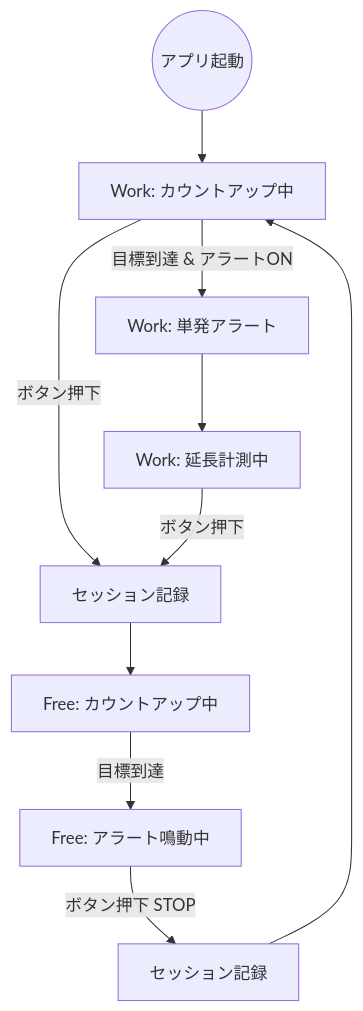
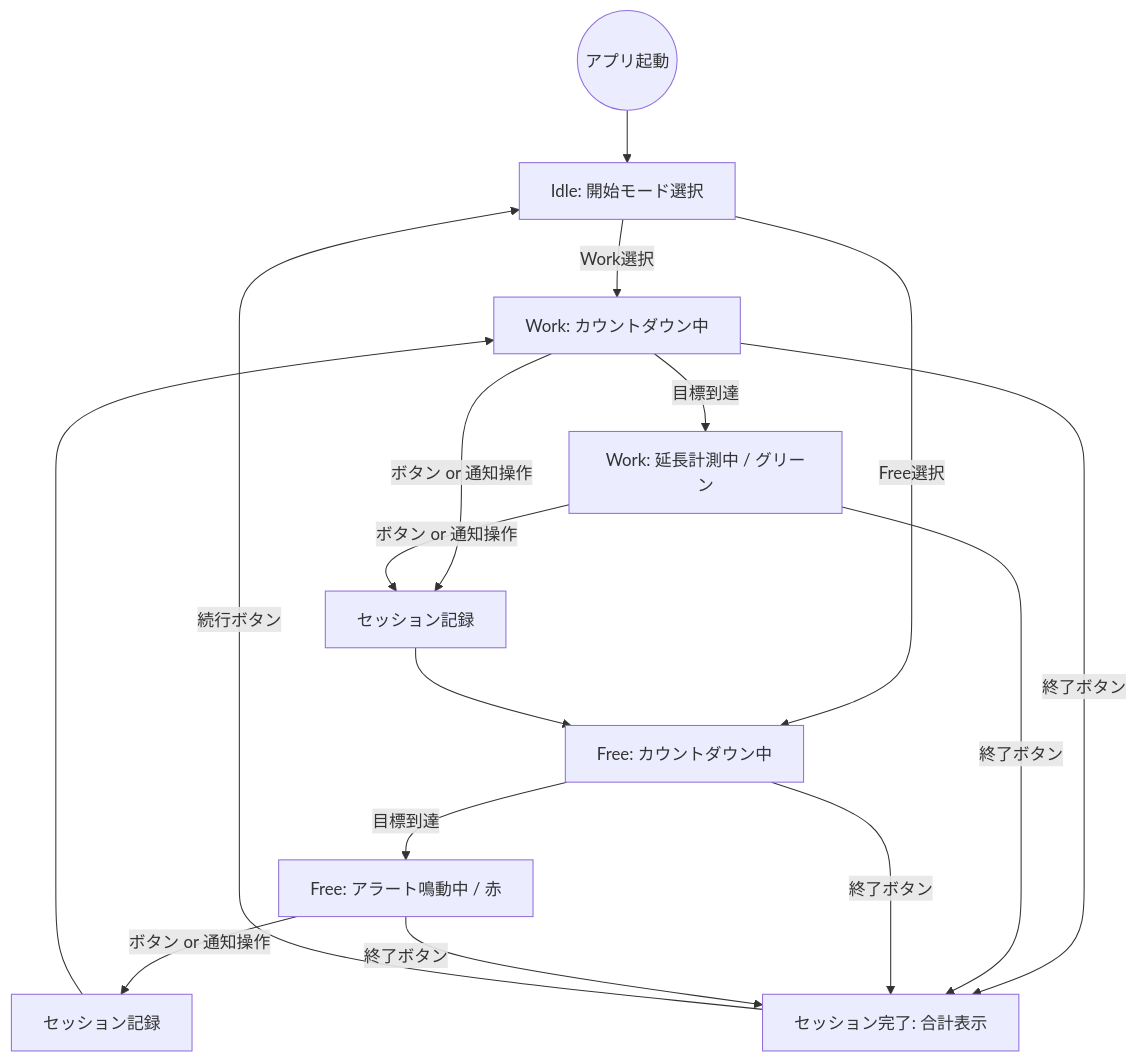
Before and after one commit to bramble-brux/fe_modoki: the diagram in TRANSITIONS.md, drawn with Mermaid. The commit also changed other lines of this file and 3 other files, not shown here.

````diff
--- a/TRANSITIONS.md
+++ b/TRANSITIONS.md
@@ -5,15 +5,23 @@
 ```mermaid
 graph TD
-    Start((アプリ起動)) --> WorkRun[Work: カウントアップ中]
+    Start((アプリ起動)) --> Idle[Idle: 開始モード選択]
+    Idle -->|Work選択| WorkRun[Work: カウントダウン中]
+    Idle -->|Free選択| FreeRun[Free: カウントダウン中]
 
-    WorkRun -->|ボタン押下| Record1[セッション記録]
-    Record1 --> FreeRun[Free: カウントアップ中]
+    WorkRun -->|ボタン or 通知操作| Record1[セッション記録]
+    Record1 --> FreeRun
 
-    WorkRun -->|目標到達 & アラートON| WorkBeep[Work: 単発アラート]
-    WorkBeep --> WorkOver[Work: 延長計測中]
-    WorkOver -->|ボタン押下| Record1
+    WorkRun -->|目標到達| WorkOver[Work: 延長計測中 / グリーン]
+    WorkOver -->|ボタン or 通知操作| Record1
 
-    FreeRun -->|目標到達| FreeAlert[Free: アラート鳴動中]
-    FreeAlert -->|ボタン押下 STOP| Record2[セッション記録]
+    FreeRun -->|目標到達| FreeAlert[Free: アラート鳴動中 / 赤]
+    FreeAlert -->|ボタン or 通知操作| Record2[セッション記録]
     Record2 --> WorkRun
+
+    WorkRun -->|終了ボタン| Finish[セッション完了: 合計表示]
+    WorkOver -->|終了ボタン| Finish
+    FreeRun -->|終了ボタン| Finish
+    FreeAlert -->|終了ボタン| Finish
+    
+    Finish -->|続行ボタン| Idle
 ```
````
